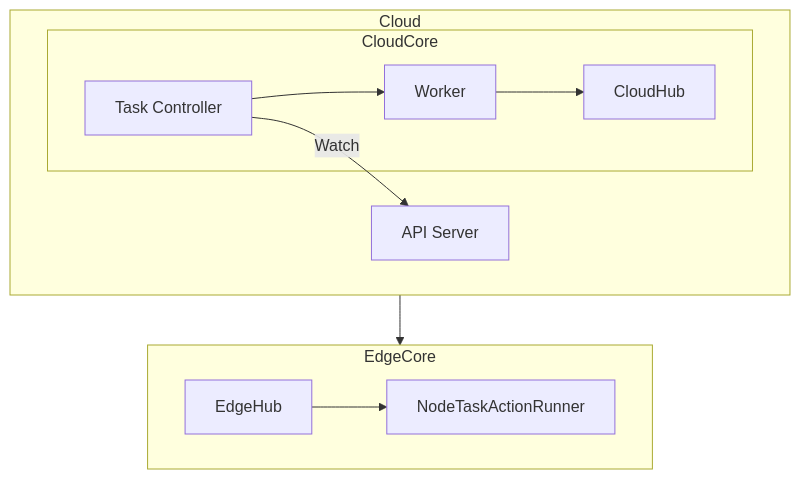
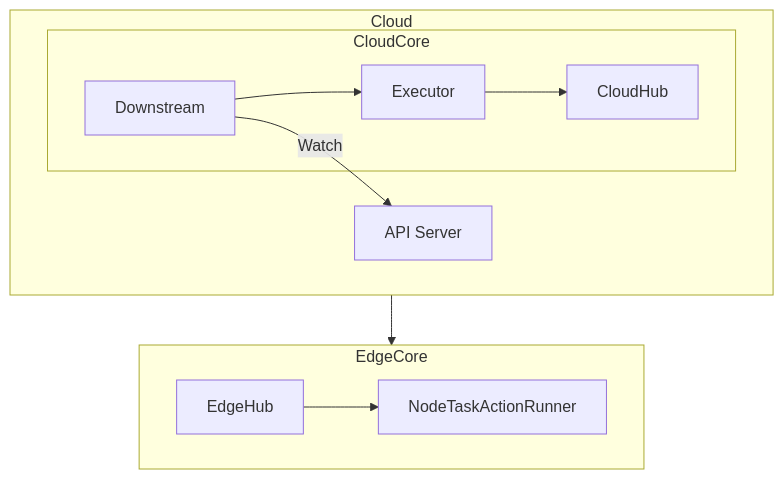
The sixth of 7 diagrams in docs/proposals/edge-node-tasks-status-enhancement.md (kubeedge/kubeedge), drawn with Mermaid before and after one commit. The commit also changed other lines of this file and 3 other files, not shown here.

````diff
--- a/docs/proposals/edge-node-tasks-status-enhancement.md
+++ b/docs/proposals/edge-node-tasks-status-enhancement.md
@@ -295,16 +400,16 @@
 ```mermaid
 flowchart TB
   subgraph Cloud
     direction LR
     A[API Server]
-    B[Task Controller] --Watch--> A
+    B[Downstream] --Watch--> A
     subgraph CloudCore
-      B --> C[Worker]
+      B --> C[Executor]
       C --> D[CloudHub]
     end
   end
   subgraph EdgeCore
     E[EdgeHub] --> F[NodeTaskActionRunner]
   end
   Cloud --> EdgeCore
 ```
````
